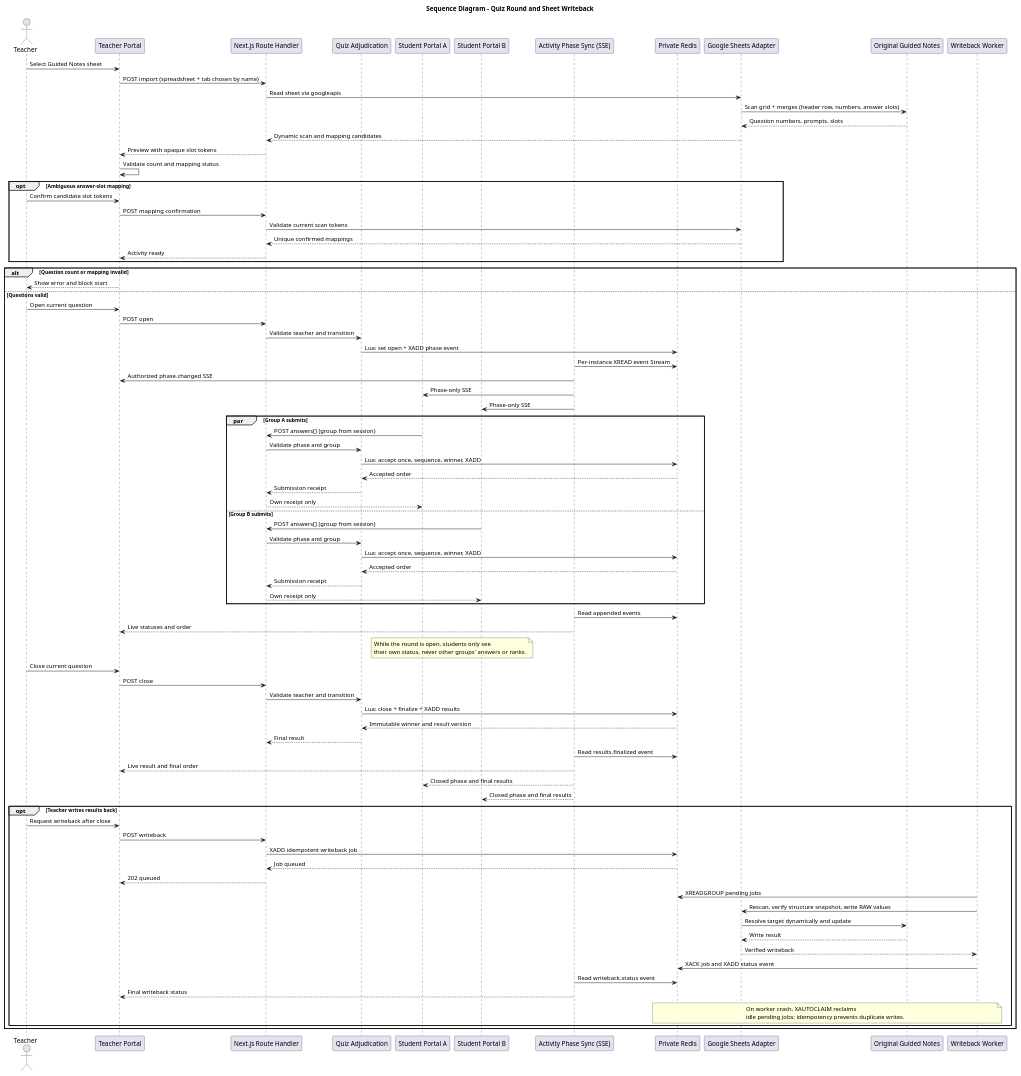
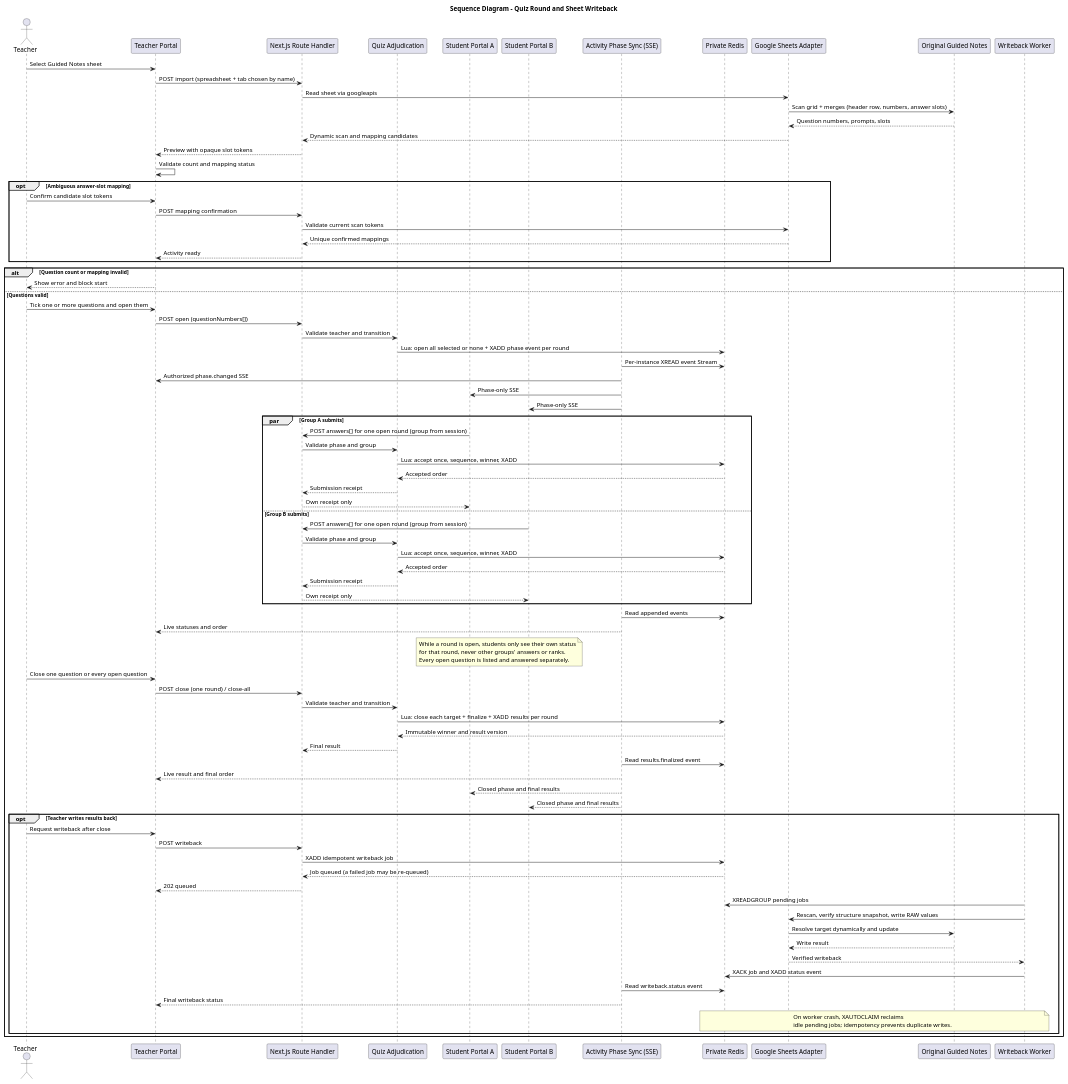
One commit to Chunshan-Theta/2026-SW-quickanswer changed the diagram in main/diagrams/sequence.puml. Above: the diagram before and after it, drawn with PlantUML. The commit also changed 17 other files, not shown here.

First line of the commit message:
docs(004): spec, diagrams, plan and tasks for multi-question rounds

```diff
--- a/main/diagrams/sequence.puml
+++ b/main/diagrams/sequence.puml
@@ -1,100 +1,101 @@
 @startuml
 title Sequence Diagram - Quiz Round and Sheet Writeback
 
 actor Teacher
 participant "Teacher Portal" as TeacherUI
 participant "Next.js Route Handler" as API
 participant "Quiz Adjudication" as QuizFlow
 participant "Student Portal A" as StudentA
 participant "Student Portal B" as StudentB
 participant "Activity Phase Sync (SSE)" as ActivitySync
 participant "Private Redis" as Redis
 participant "Google Sheets Adapter" as SheetsAccess
 participant "Original Guided Notes" as Sheet
 participant "Writeback Worker" as Worker
 
 Teacher -> TeacherUI : Select Guided Notes sheet
 TeacherUI -> API : POST import (spreadsheet + tab chosen by name)
 API -> SheetsAccess : Read sheet via googleapis
 SheetsAccess -> Sheet : Scan grid + merges (header row, numbers, answer slots)
 Sheet --> SheetsAccess : Question numbers, prompts, slots
 SheetsAccess --> API : Dynamic scan and mapping candidates
 API --> TeacherUI : Preview with opaque slot tokens
 TeacherUI -> TeacherUI : Validate count and mapping status
 
 opt Ambiguous answer-slot mapping
   Teacher -> TeacherUI : Confirm candidate slot tokens
   TeacherUI -> API : POST mapping confirmation
   API -> SheetsAccess : Validate current scan tokens
   SheetsAccess --> API : Unique confirmed mappings
   API --> TeacherUI : Activity ready
 end
 
 alt Question count or mapping invalid
   TeacherUI --> Teacher : Show error and block start
 else Questions valid
-  Teacher -> TeacherUI : Open current question
-  TeacherUI -> API : POST open
+  Teacher -> TeacherUI : Tick one or more questions and open them
+  TeacherUI -> API : POST open (questionNumbers[])
   API -> QuizFlow : Validate teacher and transition
-  QuizFlow -> Redis : Lua: set open + XADD phase event
+  QuizFlow -> Redis : Lua: open all selected or none + XADD phase event per round
   ActivitySync -> Redis : Per-instance XREAD event Stream
   ActivitySync -> TeacherUI : Authorized phase.changed SSE
   ActivitySync -> StudentA : Phase-only SSE
   ActivitySync -> StudentB : Phase-only SSE
 
   par Group A submits
-    StudentA -> API : POST answers[] (group from session)
+    StudentA -> API : POST answers[] for one open round (group from session)
     API -> QuizFlow : Validate phase and group
     QuizFlow -> Redis : Lua: accept once, sequence, winner, XADD
     Redis --> QuizFlow : Accepted order
     QuizFlow --> API : Submission receipt
     API --> StudentA : Own receipt only
   else Group B submits
-    StudentB -> API : POST answers[] (group from session)
+    StudentB -> API : POST answers[] for one open round (group from session)
     API -> QuizFlow : Validate phase and group
     QuizFlow -> Redis : Lua: accept once, sequence, winner, XADD
     Redis --> QuizFlow : Accepted order
     QuizFlow --> API : Submission receipt
     API --> StudentB : Own receipt only
   end
 
   ActivitySync -> Redis : Read appended events
   ActivitySync --> TeacherUI : Live statuses and order
   note over StudentA, StudentB
-    While the round is open, students only see
-    their own status, never other groups' answers or ranks.
+    While a round is open, students only see their own status
+    for that round, never other groups' answers or ranks.
+    Every open question is listed and answered separately.
   end note
 
-  Teacher -> TeacherUI : Close current question
-  TeacherUI -> API : POST close
+  Teacher -> TeacherUI : Close one question or every open question
+  TeacherUI -> API : POST close (one round) / close-all
   API -> QuizFlow : Validate teacher and transition
-  QuizFlow -> Redis : Lua: close + finalize + XADD results
+  QuizFlow -> Redis : Lua: close each target + finalize + XADD results per round
   Redis --> QuizFlow : Immutable winner and result version
   QuizFlow --> API : Final result
   ActivitySync -> Redis : Read results.finalized event
   ActivitySync --> TeacherUI : Live result and final order
   ActivitySync --> StudentA : Closed phase and final results
   ActivitySync --> StudentB : Closed phase and final results
 
   opt Teacher writes results back
     Teacher -> TeacherUI : Request writeback after close
     TeacherUI -> API : POST writeback
     API -> Redis : XADD idempotent writeback job
-    Redis --> API : Job queued
+    Redis --> API : Job queued (a failed job may be re-queued)
     API --> TeacherUI : 202 queued
     Worker -> Redis : XREADGROUP pending jobs
     Worker -> SheetsAccess : Rescan, verify structure snapshot, write RAW values
     SheetsAccess -> Sheet : Resolve target dynamically and update
     Sheet --> SheetsAccess : Write result
     SheetsAccess --> Worker : Verified writeback
     Worker -> Redis : XACK job and XADD status event
     ActivitySync -> Redis : Read writeback.status event
     ActivitySync --> TeacherUI : Final writeback status
     note over Worker, Redis
       On worker crash, XAUTOCLAIM reclaims
       idle pending jobs; idempotency prevents duplicate writes.
     end note
   end
 end
 
 @enduml
```
